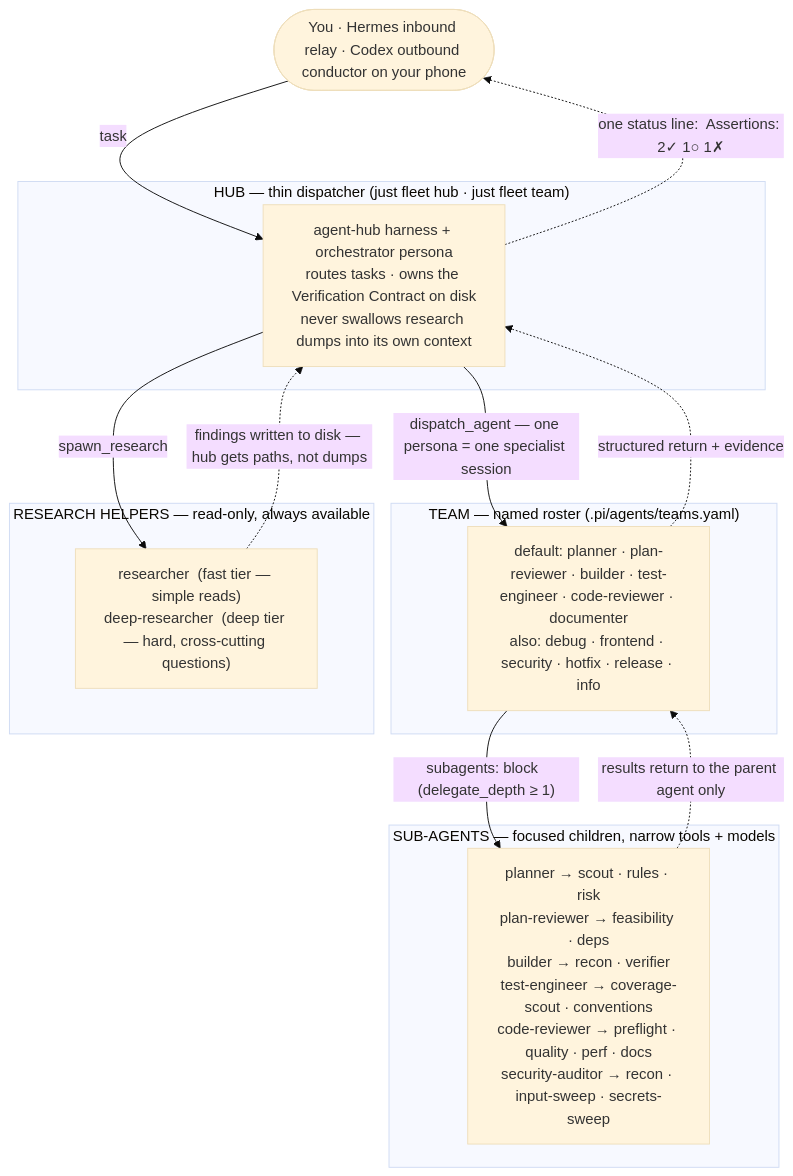
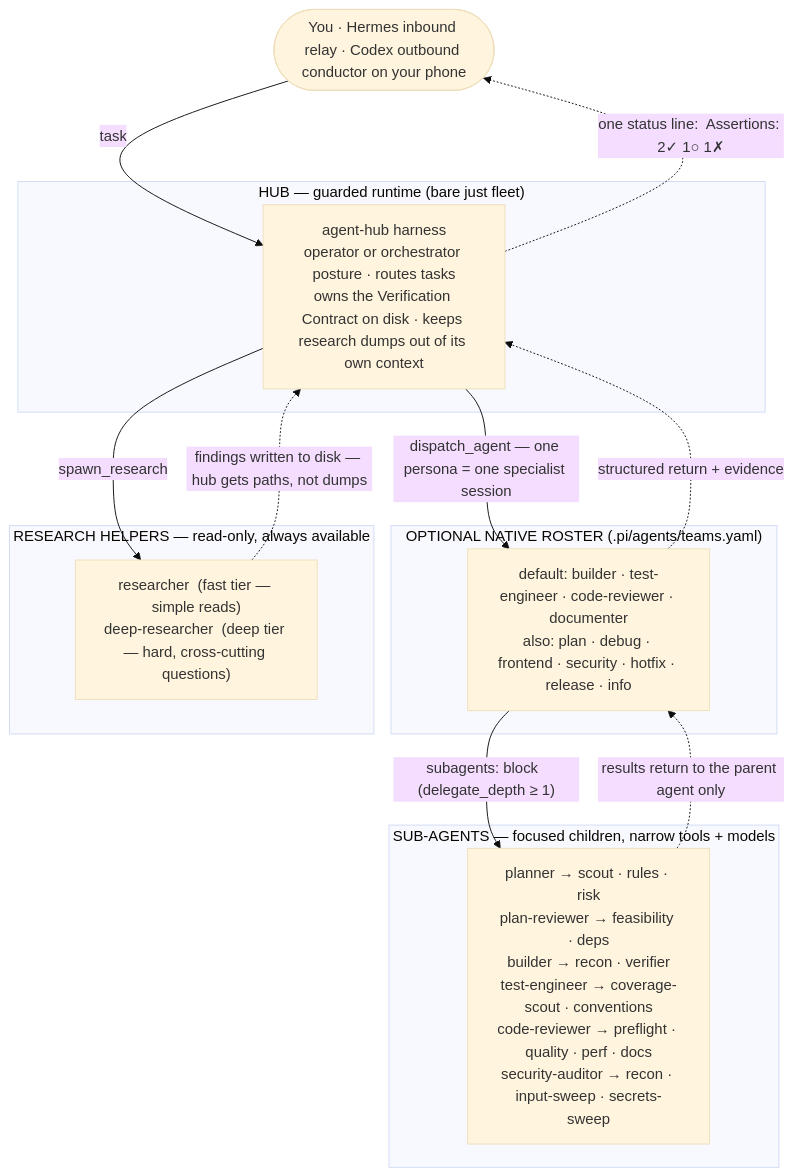
Before and after one commit to chankov/agent-fleet: the first of 2 diagrams in docs/ARCHITECTURE.md, drawn with Mermaid (base theme). The commit also changed other lines of this file and 35 other files, not shown here.

````diff
--- a/docs/ARCHITECTURE.md
+++ b/docs/ARCHITECTURE.md
@@ -26,29 +62,29 @@
 ```mermaid
 flowchart TD
     You(["You · Hermes inbound relay · Codex outbound conductor on your phone"])
 
-    subgraph HUBL["HUB — thin dispatcher  (just fleet hub · just fleet team)"]
-        Hub["agent-hub harness + orchestrator persona<br/>routes tasks · owns the Verification Contract on disk<br/>never swallows research dumps into its own context"]
+    subgraph HUBL["HUB — guarded runtime  (bare just fleet)"]
+        Hub["agent-hub harness<br/>operator or orchestrator posture · routes tasks<br/>owns the Verification Contract on disk · keeps research dumps out of its own context"]
     end
 
-    subgraph TEAML["TEAM — named roster  (.pi/agents/teams.yaml)"]
-        Team["default: planner · plan-reviewer · builder · test-engineer · code-reviewer · documenter<br/>also: debug · frontend · security · hotfix · release · info"]
+    subgraph TEAML["OPTIONAL NATIVE ROSTER  (.pi/agents/teams.yaml)"]
+        Team["default: builder · test-engineer · code-reviewer · documenter<br/>also: plan · debug · frontend · security · hotfix · release · info"]
     end
 
     subgraph RESL["RESEARCH HELPERS — read-only, always available"]
         Research["researcher  (fast tier — simple reads)<br/>deep-researcher  (deep tier — hard, cross-cutting questions)"]
     end
 
     subgraph SUBL["SUB-AGENTS — focused children, narrow tools + models"]
         Subs["planner → scout · rules · risk<br/>plan-reviewer → feasibility · deps<br/>builder → recon · verifier<br/>test-engineer → coverage-scout · conventions<br/>code-reviewer → preflight · quality · perf · docs<br/>security-auditor → recon · input-sweep · secrets-sweep"]
     end
 
     You -->|task| Hub
     Hub -->|"dispatch_agent — one persona = one specialist session"| Team
     Hub -->|"spawn_research"| Research
     Research -.->|"findings written to disk — hub gets paths, not dumps"| Hub
     Team -->|"subagents: block  (delegate_depth ≥ 1)"| Subs
     Subs -.->|"results return to the parent agent only"| Team
     Team -.->|"structured return + evidence"| Hub
     Hub -.->|"one status line:  Assertions: 2✓ 1○ 1✗"| You
 ```
````
